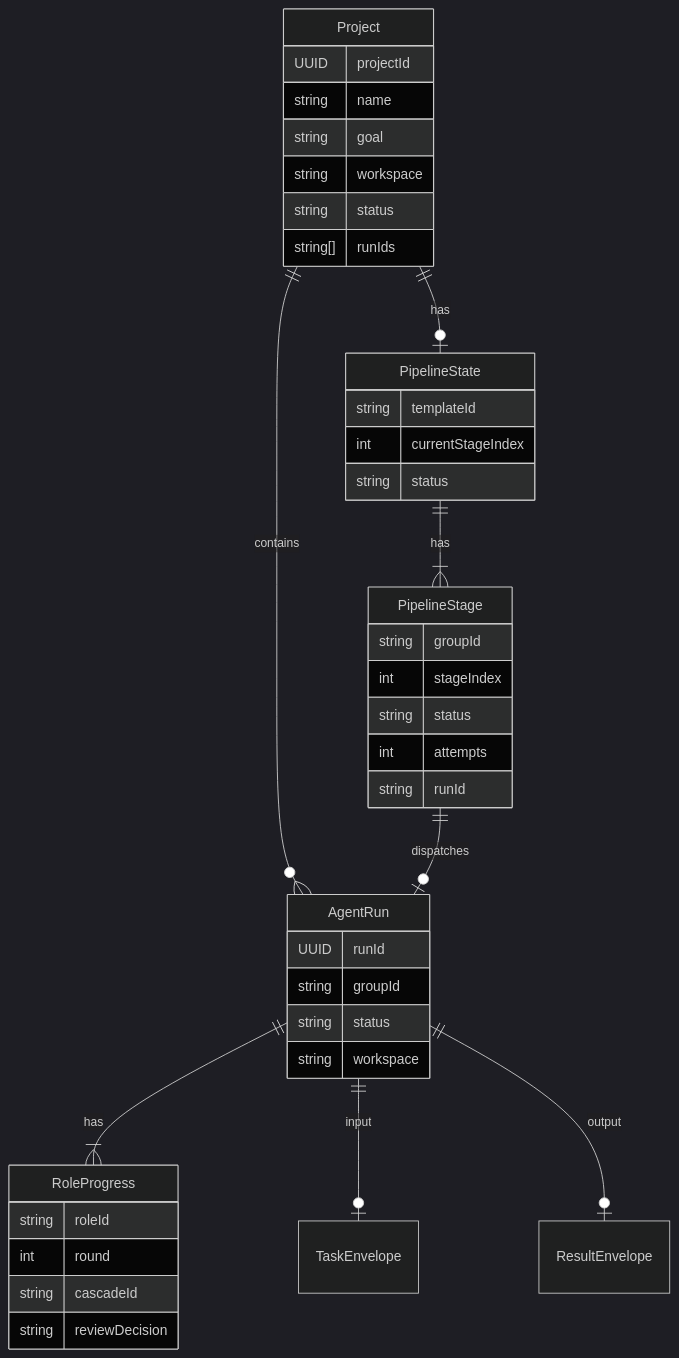
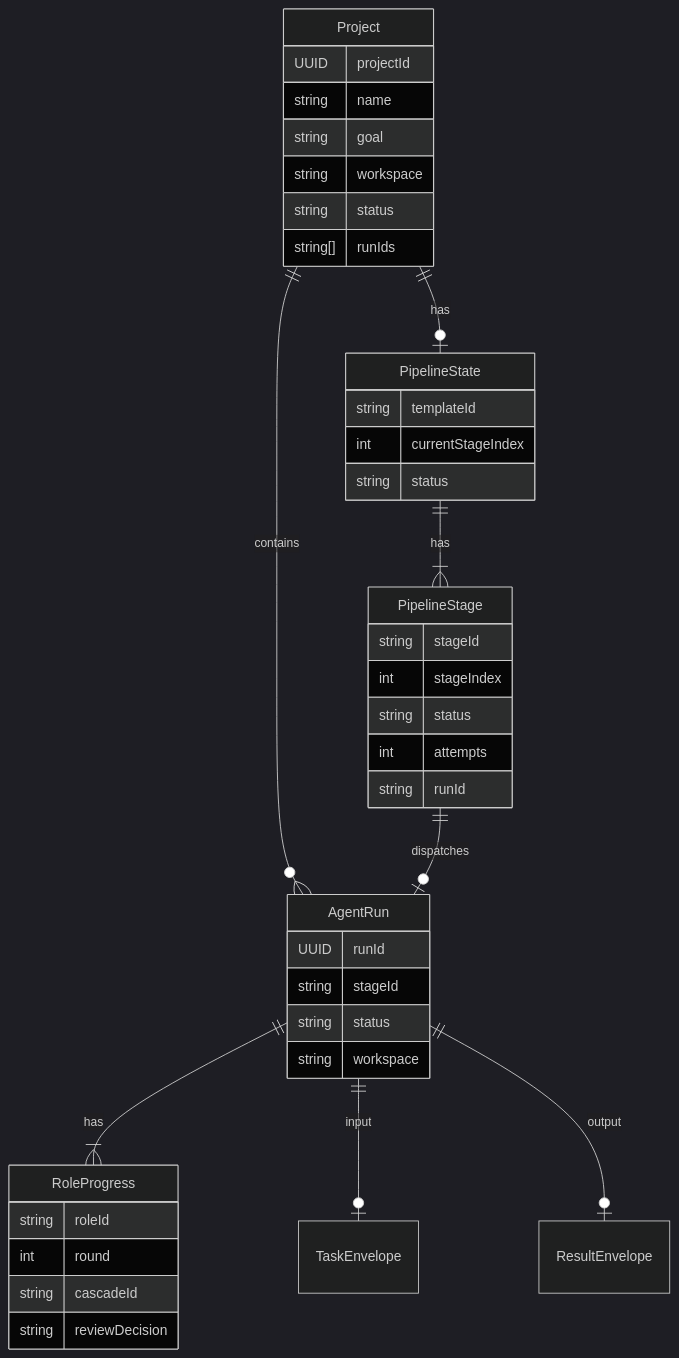
The tenth of 20 diagrams in ARCHITECTURE.md (pikapikaspeedup/OPC_CEO), drawn with Mermaid (dark theme) before and after one commit. The commit also changed other lines of this file and 102 other files, not shown here.

````diff
--- a/ARCHITECTURE.md
+++ b/ARCHITECTURE.md
@@ -462,43 +463,43 @@
 ```mermaid
 erDiagram
     Project ||--o{ AgentRun : "contains"
     Project ||--o| PipelineState : "has"
     PipelineState ||--|{ PipelineStage : "has"
     PipelineStage ||--o| AgentRun : "dispatches"
     AgentRun ||--|{ RoleProgress : "has"
     AgentRun ||--o| TaskEnvelope : "input"
     AgentRun ||--o| ResultEnvelope : "output"
 
     Project {
         UUID projectId
         string name
         string goal
         string workspace
         string status
         string[] runIds
     }
     PipelineState {
         string templateId
         int currentStageIndex
         string status
     }
     PipelineStage {
-        string groupId
+        string stageId
         int stageIndex
         string status
         int attempts
         string runId
     }
     AgentRun {
         UUID runId
-        string groupId
+        string stageId
         string status
         string workspace
     }
     RoleProgress {
         string roleId
         int round
         string cascadeId
         string reviewDecision
     }
 ```
````
